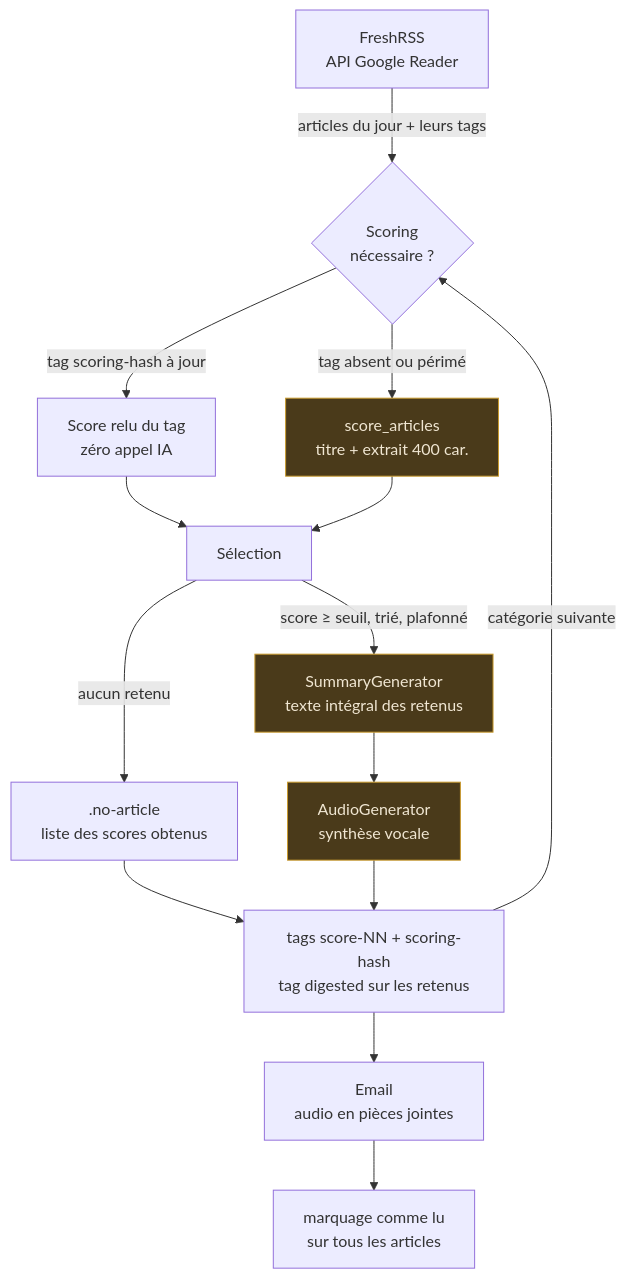
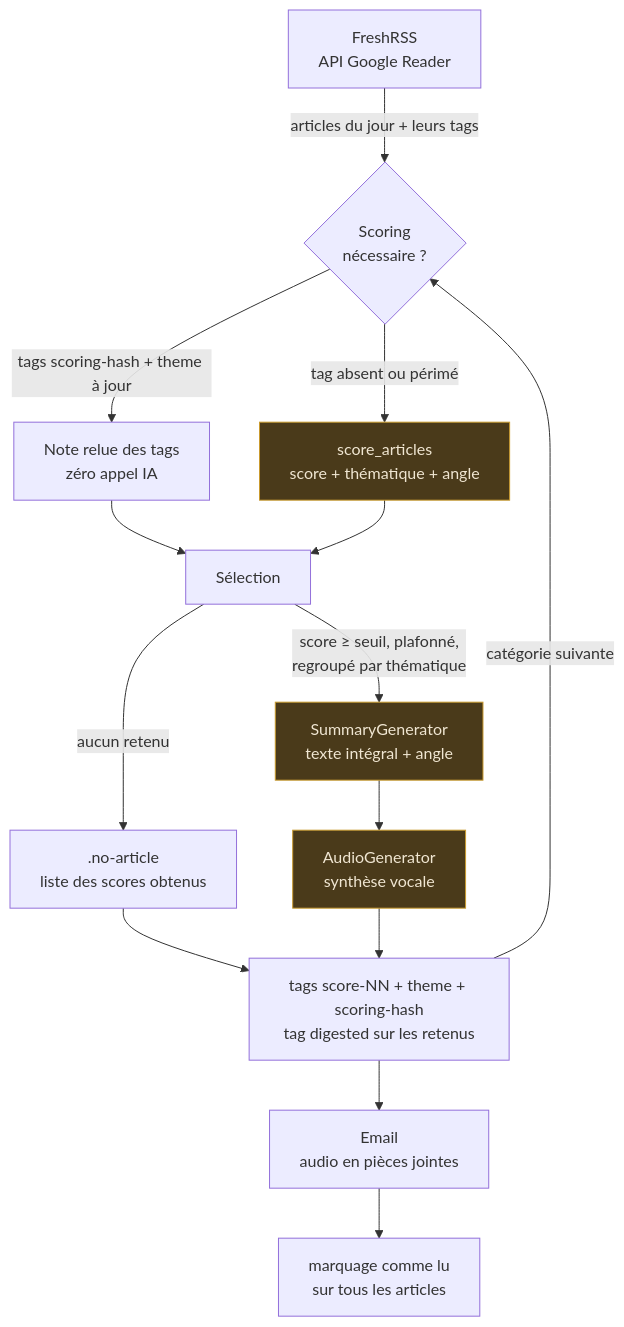
The first of 2 diagrams in FONCTIONNEMENT.md (odrix/RSSResume), drawn with Mermaid before and after one commit. The commit also changed other lines of this file and 24 other files, not shown here.

````diff
--- a/FONCTIONNEMENT.md
+++ b/FONCTIONNEMENT.md
@@ -8,23 +8,23 @@
 ```mermaid
 flowchart TD
     A[FreshRSS<br/>API Google Reader] -->|articles du jour + leurs tags| B{Scoring<br/>nécessaire ?}
 
-    B -->|tag scoring-hash à jour| C[Score relu du tag<br/>zéro appel IA]
-    B -->|tag absent ou périmé| D[score_articles<br/>titre + extrait 400 car.]
+    B -->|tags scoring-hash + theme à jour| C[Note relue des tags<br/>zéro appel IA]
+    B -->|tag absent ou périmé| D[score_articles<br/>score + thématique + angle]
 
     C --> E[Sélection]
     D --> E
 
-    E -->|score ≥ seuil, trié, plafonné| F[SummaryGenerator<br/>texte intégral des retenus]
+    E -->|score ≥ seuil, plafonné,<br/>regroupé par thématique| F[SummaryGenerator<br/>texte intégral + angle]
     E -->|aucun retenu| N[".no-article<br/>liste des scores obtenus"]
     N --> T
     F --> G[AudioGenerator<br/>synthèse vocale]
-    G --> T[tags score-NN + scoring-hash<br/>tag digested sur les retenus]
+    G --> T[tags score-NN + theme + scoring-hash<br/>tag digested sur les retenus]
     T -->|catégorie suivante| B
     T --> H[Email<br/>audio en pièces jointes]
     H --> L[marquage comme lu<br/>sur tous les articles]
 
     style D fill:#4a3a1a,stroke:#c99a2e,color:#f0e6d2
     style F fill:#4a3a1a,stroke:#c99a2e,color:#f0e6d2
     style G fill:#4a3a1a,stroke:#c99a2e,color:#f0e6d2
 ```
````
